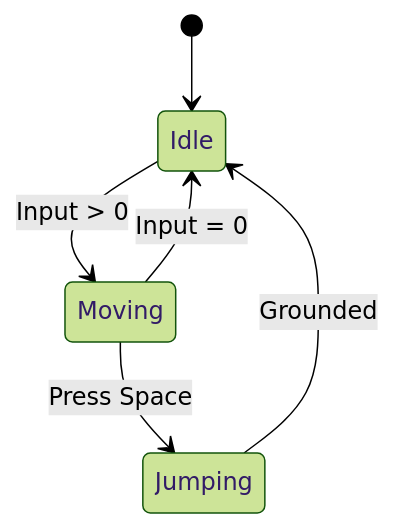
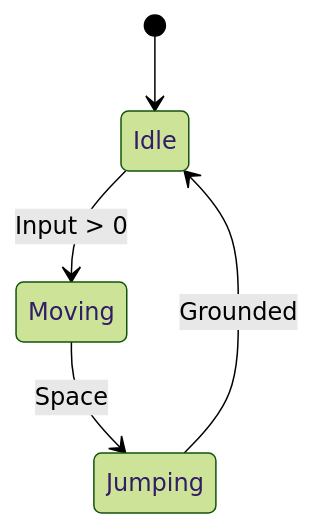
The fourth of 4 diagrams in skills/other/mermaid/references/MERMAID_PATTERNS.md (cuozg/oh-my-skills), drawn with Mermaid (forest theme) before and after one commit. The commit also changed other lines of this file and 144 other files, not shown here.

````diff
--- a/skills/other/mermaid/references/MERMAID_PATTERNS.md
+++ b/skills/other/mermaid/references/MERMAID_PATTERNS.md
@@ -56,8 +32,7 @@
 ```mermaid
 stateDiagram-v2
     [*] --> Idle
     Idle --> Moving : Input > 0
-    Moving --> Idle : Input = 0
-    Moving --> Jumping : Press Space
+    Moving --> Jumping : Space
     Jumping --> Idle : Grounded
 ```
````
